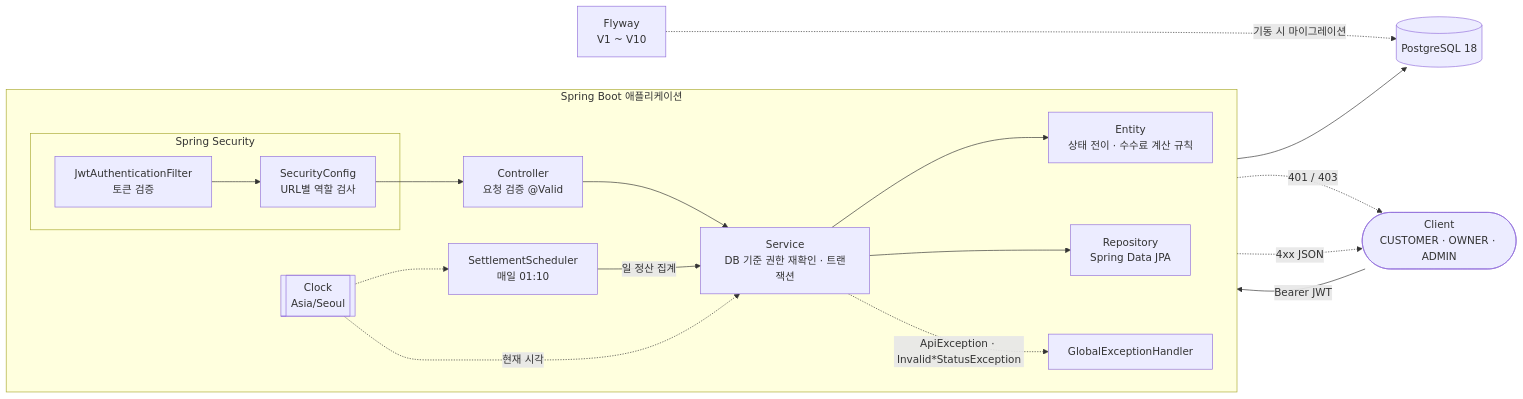
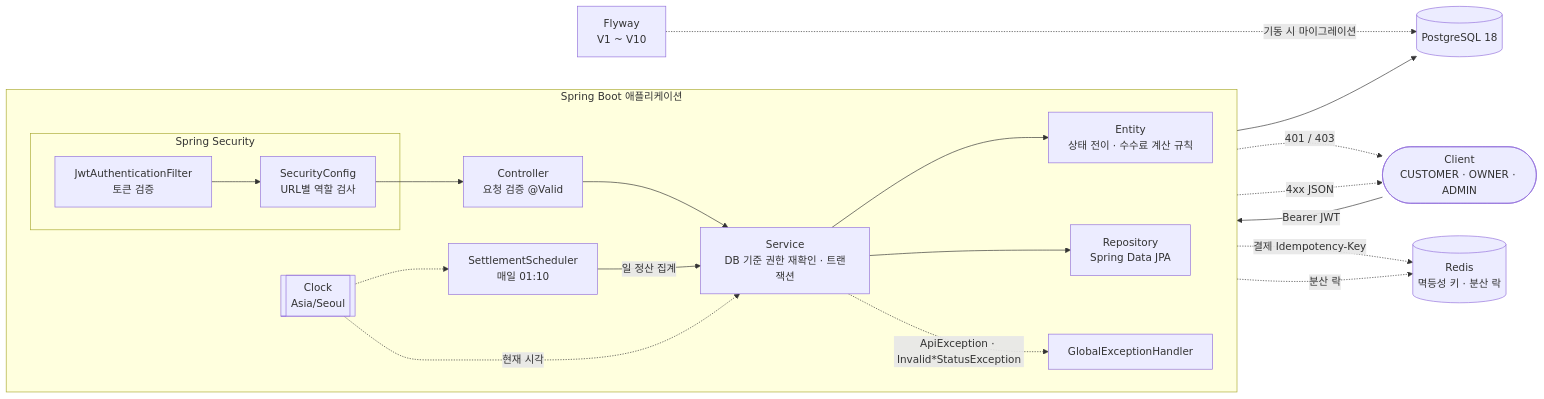
Before and after one commit to gajigaji-dev/Spring-Delivery-mini: the first of 3 diagrams in docs/architecture.md, drawn with Mermaid. The commit also changed other lines of this file and 22 other files, not shown here.

Commit message:
[FEAT] Redis 기반 결제 멱등성 및 스케줄러 분산 락 #41

````diff
--- a/docs/architecture.md
+++ b/docs/architecture.md
@@ -7,33 +7,36 @@
 ```mermaid
 flowchart LR
     client([Client<br/>CUSTOMER · OWNER · ADMIN])
 
     subgraph app[Spring Boot 애플리케이션]
         direction LR
         subgraph sec[Spring Security]
             jwt[JwtAuthenticationFilter<br/>토큰 검증]
             rule[SecurityConfig<br/>URL별 역할 검사]
         end
         ctrl[Controller<br/>요청 검증 @Valid]
         svc[Service<br/>DB 기준 권한 재확인 · 트랜잭션]
         ent[Entity<br/>상태 전이 · 수수료 계산 규칙]
         repo[Repository<br/>Spring Data JPA]
         sch[SettlementScheduler<br/>매일 01:10]
         clock[[Clock<br/>Asia/Seoul]]
         err[GlobalExceptionHandler]
     end
 
     db[(PostgreSQL 18)]
+    redis[(Redis<br/>멱등성 키 · 분산 락)]
     fly[Flyway<br/>V1 ~ V10]
 
     client -->|Bearer JWT| jwt --> rule --> ctrl --> svc
     svc --> ent
     svc --> repo --> db
     sch -->|일 정산 집계| svc
     clock -.현재 시각.-> svc
     clock -.-> sch
     svc -.ApiException · Invalid*StatusException.-> err
     rule -.401 / 403.-> client
     err -.4xx JSON.-> client
     fly -.기동 시 마이그레이션.-> db
+    svc -.결제 Idempotency-Key.-> redis
+    sch -.분산 락.-> redis
 ```
````
